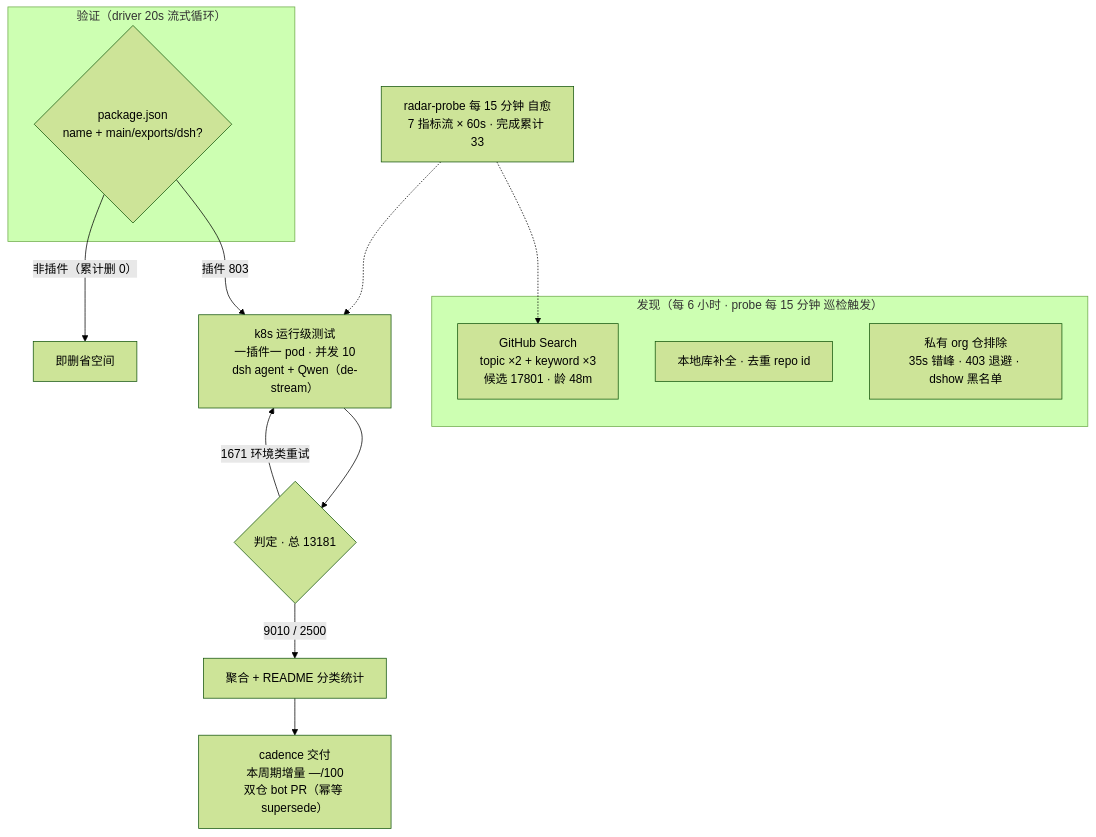
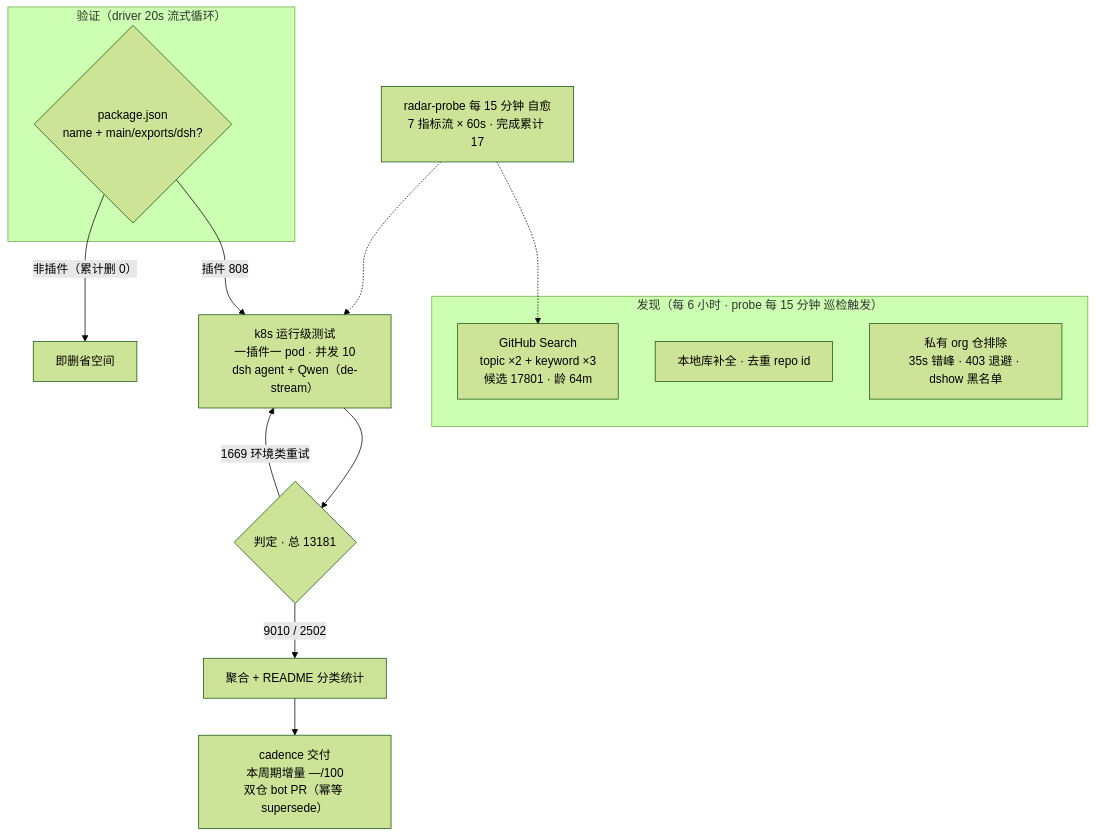
The diagram in README.md (AdamPlatin123/awesome-dsh-plugins), drawn with Mermaid (forest theme) before and after one commit. The commit also changed other lines of this file and 5 other files, not shown here.

````diff
--- a/README.md
+++ b/README.md
@@ -52,20 +52,20 @@
 ```mermaid
 flowchart TB
     subgraph Discovery["发现（每 6 小时 · probe 每 15 分钟 巡检触发）"]
-        A1["GitHub Search<br/>topic ×2 + keyword ×3<br/>候选 17801 · 龄 48m"]
+        A1["GitHub Search<br/>topic ×2 + keyword ×3<br/>候选 17801 · 龄 64m"]
         A2["本地库补全 · 去重 repo id"]
         A3["私有 org 仓排除<br/>35s 错峰 · 403 退避 · dshow 黑名单"]
     end
     subgraph Validation["验证（driver 20s 流式循环）"]
         B1{"package.json<br/>name + main/exports/dsh?"}
     end
-    B1 -->|"插件 803"| C1["k8s 运行级测试<br/>一插件一 pod · 并发 10<br/>dsh agent + Qwen（de-stream）"]
+    B1 -->|"插件 808"| C1["k8s 运行级测试<br/>一插件一 pod · 并发 10<br/>dsh agent + Qwen（de-stream）"]
     B1 -->|"非插件（累计删 0）"| B3["即删省空间"]
     C1 --> D1{"判定 · 总 13181"}
-    D1 -->|"9010 / 2500"| E1["聚合 + README 分类统计"]
-    D1 -->|"1671 环境类重试"| C1
+    D1 -->|"9010 / 2502"| E1["聚合 + README 分类统计"]
+    D1 -->|"1669 环境类重试"| C1
     E1 --> E2["cadence 交付<br/>本周期增量 —/100<br/>双仓 bot PR（幂等 supersede）"]
-    M["radar-probe 每 15 分钟 自愈<br/>7 指标流 × 60s · 完成累计 33"]
+    M["radar-probe 每 15 分钟 自愈<br/>7 指标流 × 60s · 完成累计 17"]
     M -.-> A1
     M -.-> C1
 ```
````
